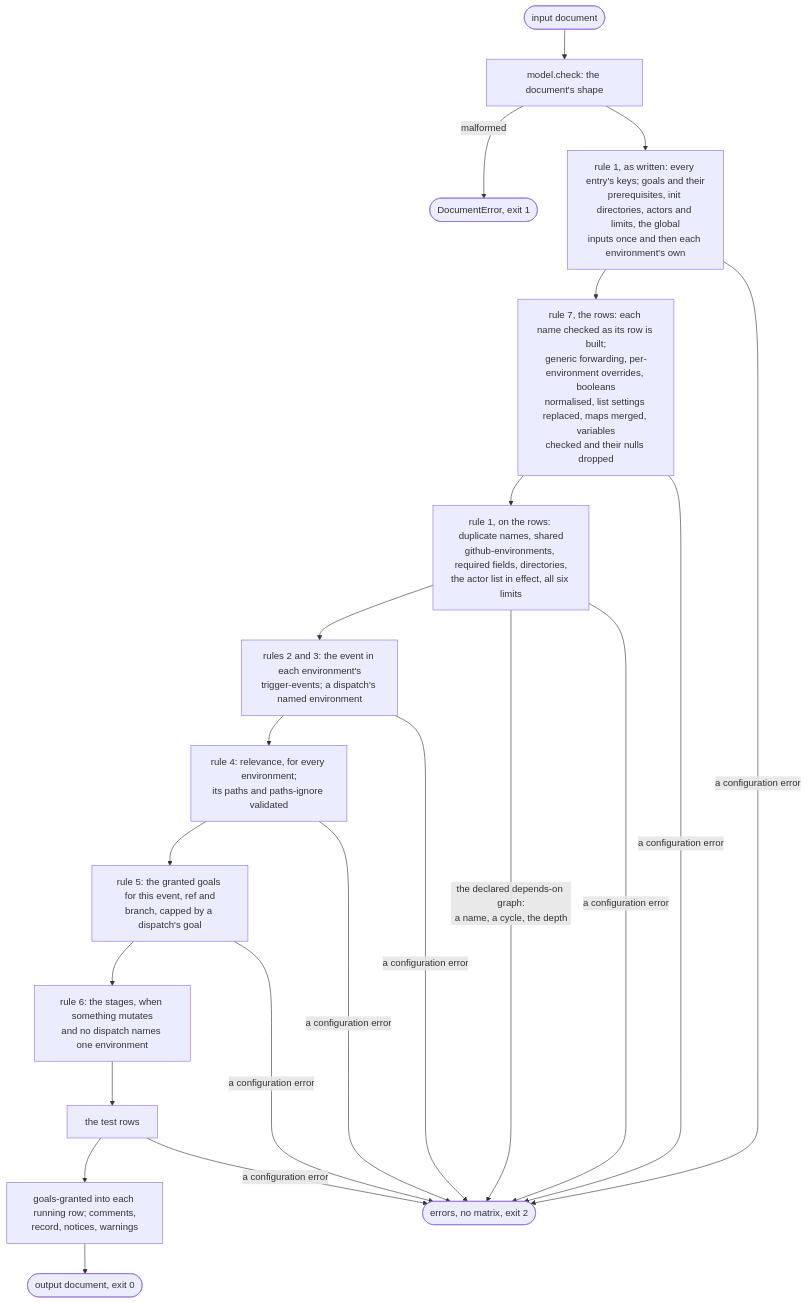
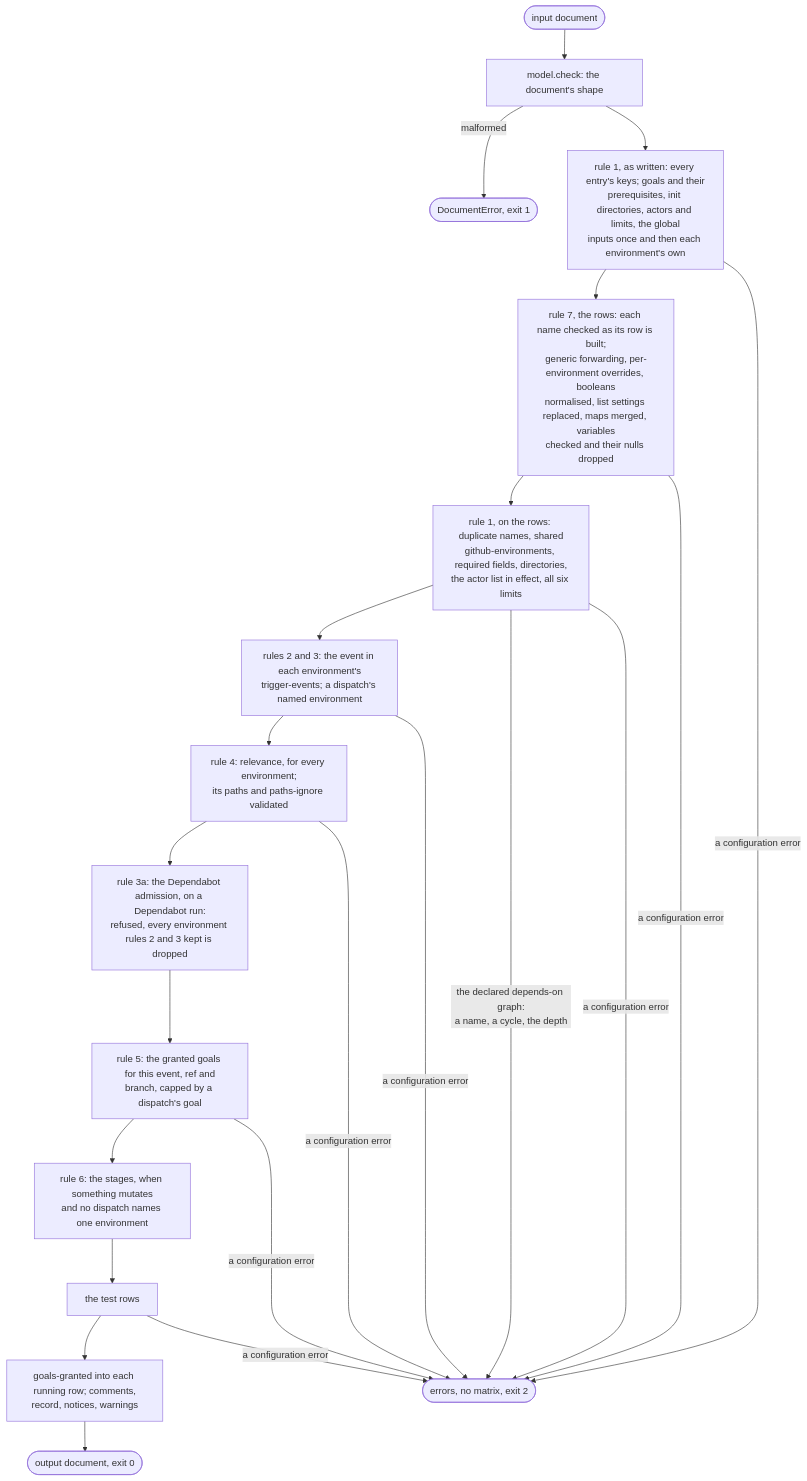
One commit to dsb-norge/github-actions-terraform changed the second of 3 diagrams in docs/Decision-engine.md. Above: the diagram before and after it, drawn with Mermaid. The commit also changed other lines of this file and 10 other files, not shown here.

First line of the commit message:
docs: the Dependabot admission in the guides and the specs

````diff
--- a/docs/Decision-engine.md
+++ b/docs/Decision-engine.md
@@ -440,17 +447,18 @@
 ```mermaid
 flowchart TD
   doc(["input document"]) --> shape["model.check: the document's shape"]
   shape -->|malformed| fault(["DocumentError, exit 1"])
   shape --> r1a["rule 1, as written: every entry's keys; goals and their<br/>prerequisites, init directories, actors and limits, the global<br/>inputs once and then each environment's own"]
   r1a --> r7["rule 7, the rows: each name checked as its row is built;<br/>generic forwarding, per-environment overrides, booleans<br/>normalised, list settings replaced, maps merged, variables<br/>checked and their nulls dropped"]
   r7 --> r1b["rule 1, on the rows: duplicate names, shared<br/>github-environments, required fields, directories,<br/>the actor list in effect, all six limits"]
   r1b --> r23["rules 2 and 3: the event in each environment's<br/>trigger-events; a dispatch's named environment"]
   r23 --> r4["rule 4: relevance, for every environment;<br/>its paths and paths-ignore validated"]
-  r4 --> r5["rule 5: the granted goals for this event, ref and<br/>branch, capped by a dispatch's goal"]
+  r4 --> r3a["rule 3a: the Dependabot admission, on a Dependabot run:<br/>refused, every environment rules 2 and 3 kept is dropped"]
+  r3a --> r5["rule 5: the granted goals for this event, ref and<br/>branch, capped by a dispatch's goal"]
   r5 --> r6["rule 6: the stages, when something mutates<br/>and no dispatch names one environment"]
   r6 --> t["the test rows"]
   t --> out["goals-granted into each running row; comments,<br/>record, notices, warnings"]
   out --> done(["output document, exit 0"])
   r1b -->|"the declared depends-on graph:<br/>a name, a cycle, the depth"| invalid
   r1a & r7 & r1b & r23 & r4 & r5 & t -->|a configuration error| invalid(["errors, no matrix, exit 2"])
 ```
````
